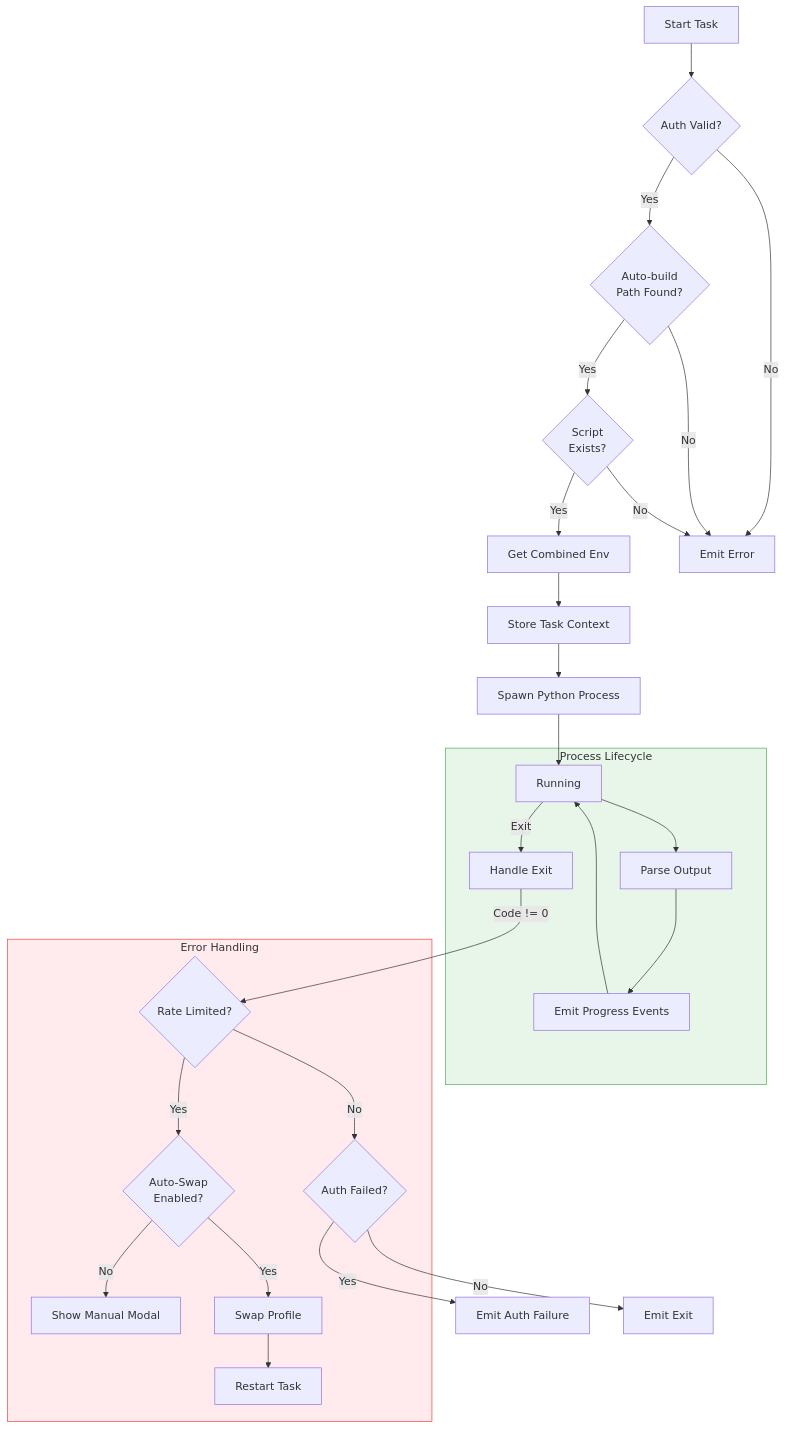
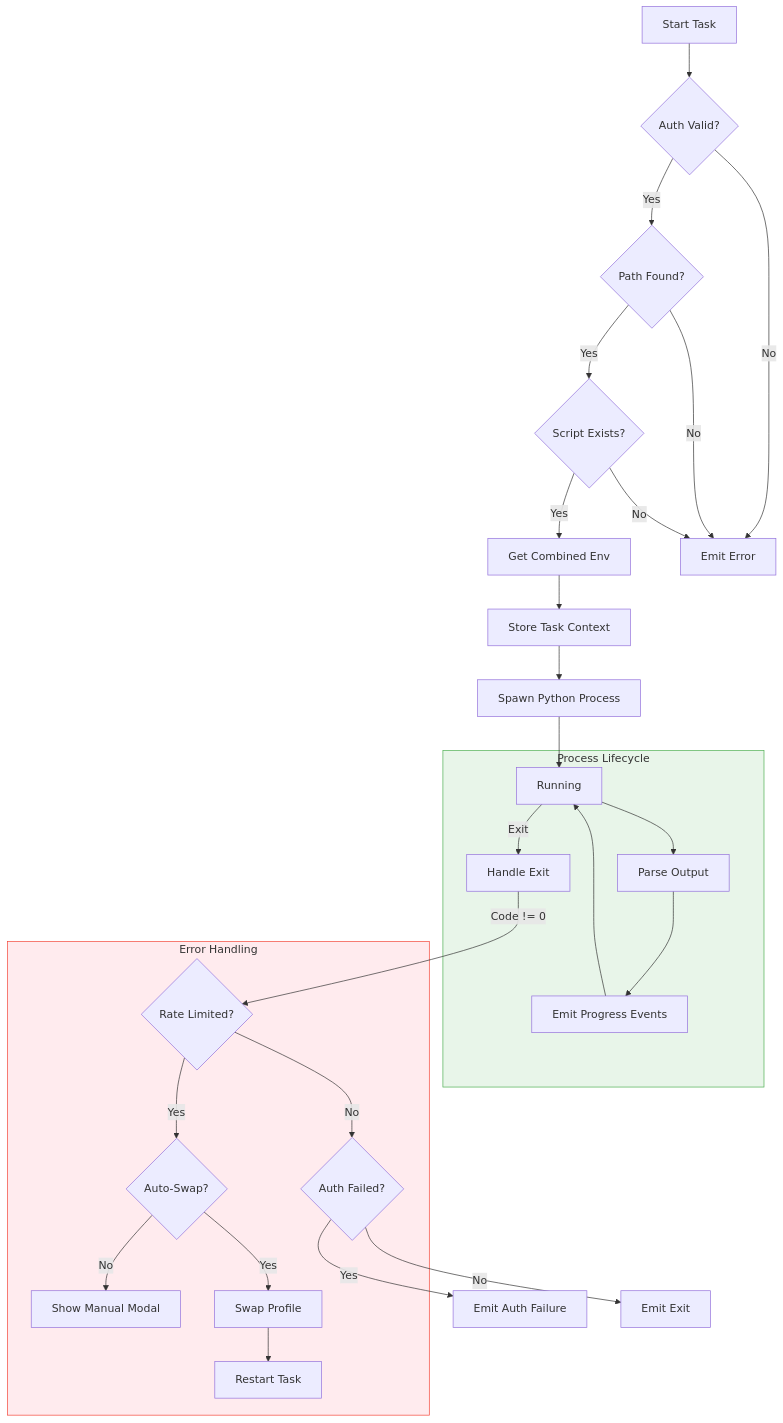
Before and after one commit to AndyMik90/Claude-AutoBuild: the fourth of 19 diagrams in docs/components/frontend/main-process.md, drawn with Mermaid. The commit also changed other lines of this file and 1 other file, not shown here.

First line of the commit message:
fix: Fix Mermaid diagram syntax errors in documentation

````diff
--- a/docs/components/frontend/main-process.md
+++ b/docs/components/frontend/main-process.md
@@ -220,53 +220,53 @@
 ```mermaid
 flowchart TB
     Start[Start Task]
     AuthCheck{Auth Valid?}
-    PathCheck{Auto-build<br/>Path Found?}
-    ScriptCheck{Script<br/>Exists?}
+    PathCheck{Path Found?}
+    ScriptCheck{Script Exists?}
     GetEnv[Get Combined Env]
     StoreContext[Store Task Context]
     SpawnProcess[Spawn Python Process]
 
     subgraph ProcessLifecycle["Process Lifecycle"]
         Running[Running]
         ParseOutput[Parse Output]
         EmitProgress[Emit Progress Events]
         HandleExit[Handle Exit]
     end
 
     subgraph ErrorHandling["Error Handling"]
         CheckRateLimit{Rate Limited?}
         CheckAuth{Auth Failed?}
-        AutoSwap{Auto-Swap<br/>Enabled?}
+        AutoSwap{Auto-Swap?}
         ManualModal[Show Manual Modal]
         SwapProfile[Swap Profile]
         RestartTask[Restart Task]
     end
 
     Start --> AuthCheck
     AuthCheck -->|No| EmitError[Emit Error]
     AuthCheck -->|Yes| PathCheck
     PathCheck -->|No| EmitError
     PathCheck -->|Yes| ScriptCheck
     ScriptCheck -->|No| EmitError
     ScriptCheck -->|Yes| GetEnv
     GetEnv --> StoreContext
     StoreContext --> SpawnProcess
     SpawnProcess --> Running
     Running --> ParseOutput
     ParseOutput --> EmitProgress
     EmitProgress --> Running
     Running -->|Exit| HandleExit
 
     HandleExit -->|Code != 0| CheckRateLimit
     CheckRateLimit -->|Yes| AutoSwap
     CheckRateLimit -->|No| CheckAuth
     AutoSwap -->|Yes| SwapProfile
     AutoSwap -->|No| ManualModal
     SwapProfile --> RestartTask
     CheckAuth -->|Yes| EmitAuthFailure[Emit Auth Failure]
     CheckAuth -->|No| EmitExit[Emit Exit]
 
     style ProcessLifecycle fill:#e8f5e9,stroke:#4caf50
     style ErrorHandling fill:#ffebee,stroke:#f44336
 ```
````
